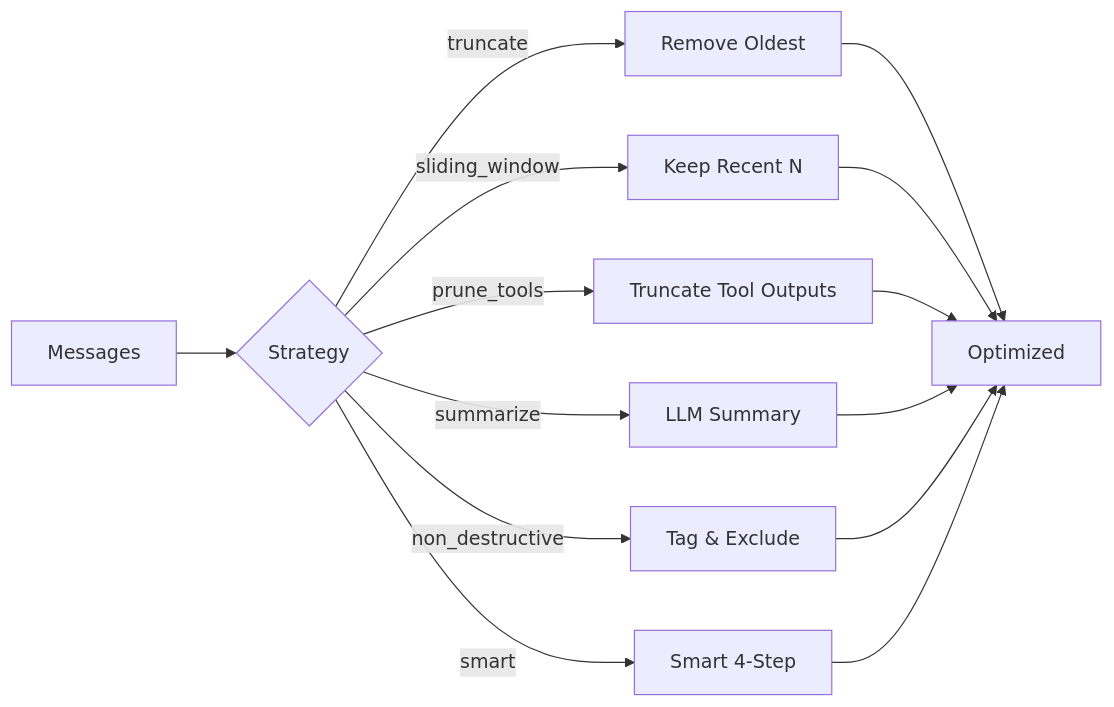
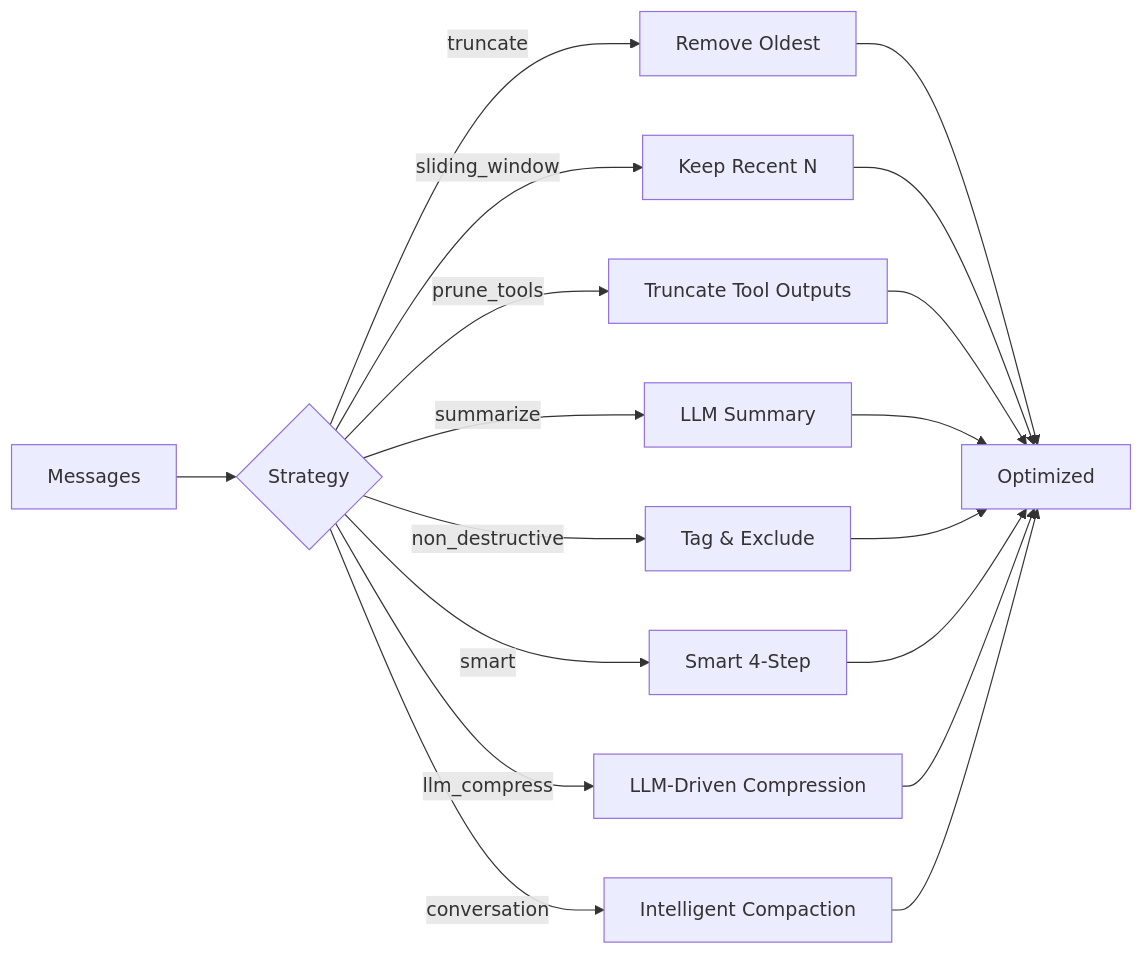
One commit to MervinPraison/PraisonAIDocs changed the first of 2 diagrams in docs/features/context-optimizer.mdx. Above: the diagram before and after it, drawn with Mermaid. The commit also changed other lines of this file and 7 other files, not shown here.

First line of the commit message:
docs: document LLM-driven Context Compression + Intelligent Conversation Compaction (fixes #519) (#523)

````diff
--- a/docs/features/context-optimizer.mdx
+++ b/docs/features/context-optimizer.mdx
@@ -33,16 +33,20 @@
 ```mermaid
 flowchart LR
     A[Messages] --> B{Strategy}
     B -->|truncate| C[Remove Oldest]
     B -->|sliding_window| D[Keep Recent N]
     B -->|prune_tools| E[Truncate Tool Outputs]
     B -->|summarize| F[LLM Summary]
     B -->|non_destructive| G[Tag & Exclude]
     B -->|smart| H[Smart 4-Step]
+    B -->|llm_compress| J[LLM-Driven Compression]
+    B -->|conversation| K[Intelligent Compaction]
     C --> I[Optimized]
     D --> I
     E --> I
     F --> I
     G --> I
     H --> I
+    J --> I
+    K --> I
 ```
````
